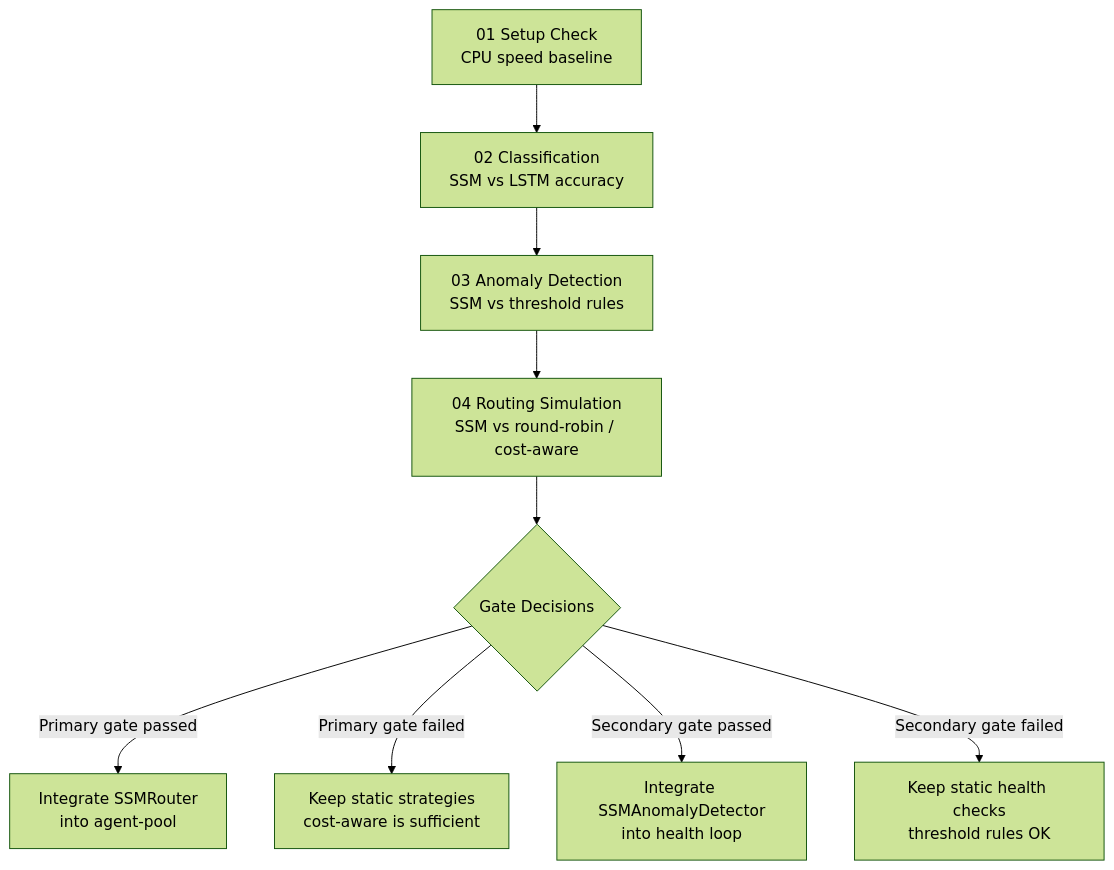
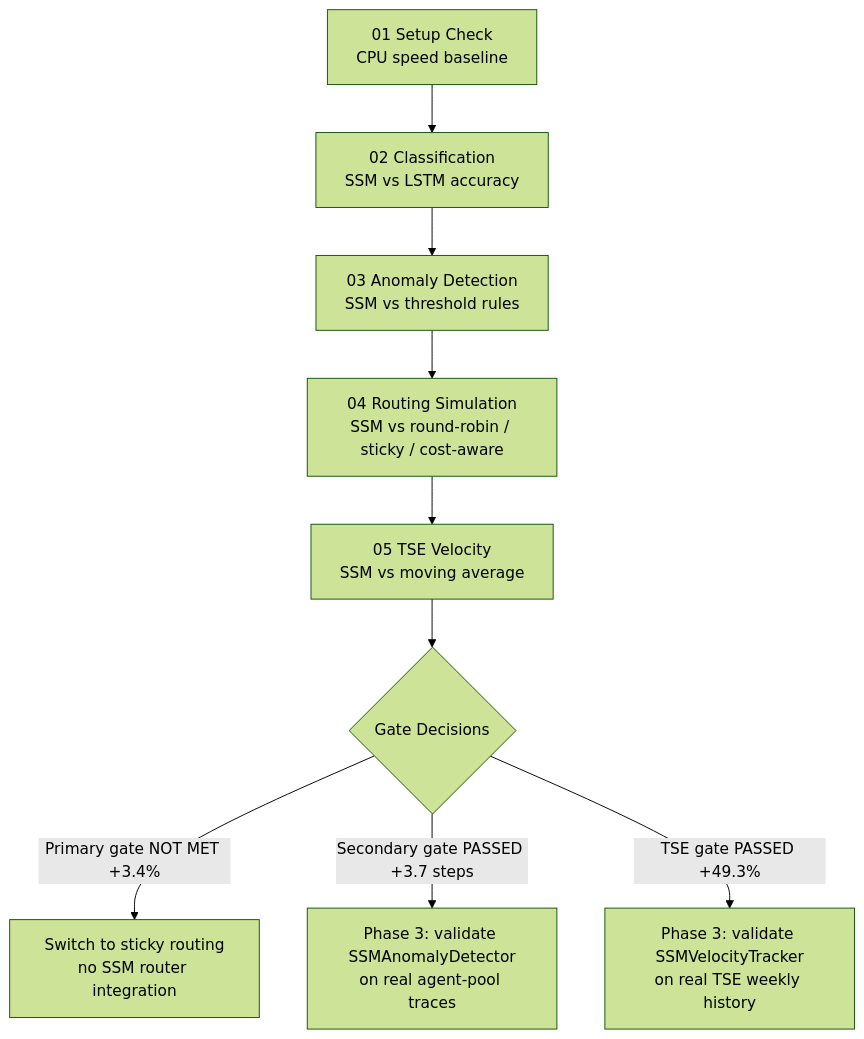
One commit to tarazum/mamba-playground changed the first of 5 diagrams in docs/experiment_results_analysis.md. Above: the diagram before and after it, drawn with Mermaid (forest theme). The commit also changed other lines of this file and 3 other files, not shown here.

````diff
--- a/docs/experiment_results_analysis.md
+++ b/docs/experiment_results_analysis.md
@@ -55,11 +57,11 @@
 ```mermaid
 flowchart TD
     A[01 Setup Check\nCPU speed baseline] --> B[02 Classification\nSSM vs LSTM accuracy]
     B --> C[03 Anomaly Detection\nSSM vs threshold rules]
-    C --> D[04 Routing Simulation\nSSM vs round-robin / cost-aware]
-    D --> E{Gate Decisions}
-    E -->|Primary gate passed| F[Integrate SSMRouter\ninto agent-pool]
-    E -->|Primary gate failed| G[Keep static strategies\ncost-aware is sufficient]
-    E -->|Secondary gate passed| H[Integrate SSMAnomalyDetector\ninto health loop]
-    E -->|Secondary gate failed| I[Keep static health checks\nthreshold rules OK]
+    C --> D[04 Routing Simulation\nSSM vs round-robin / sticky / cost-aware]
+    D --> E[05 TSE Velocity\nSSM vs moving average]
+    E --> F{Gate Decisions}
+    F -->|Primary gate NOT MET +3.4%| G[Switch to sticky routing\nno SSM router integration]
+    F -->|Secondary gate PASSED +3.7 steps| H[Phase 3: validate SSMAnomalyDetector\non real agent-pool traces]
+    F -->|TSE gate PASSED +49.3%| I[Phase 3: validate SSMVelocityTracker\non real TSE weekly history]
 ```
````
